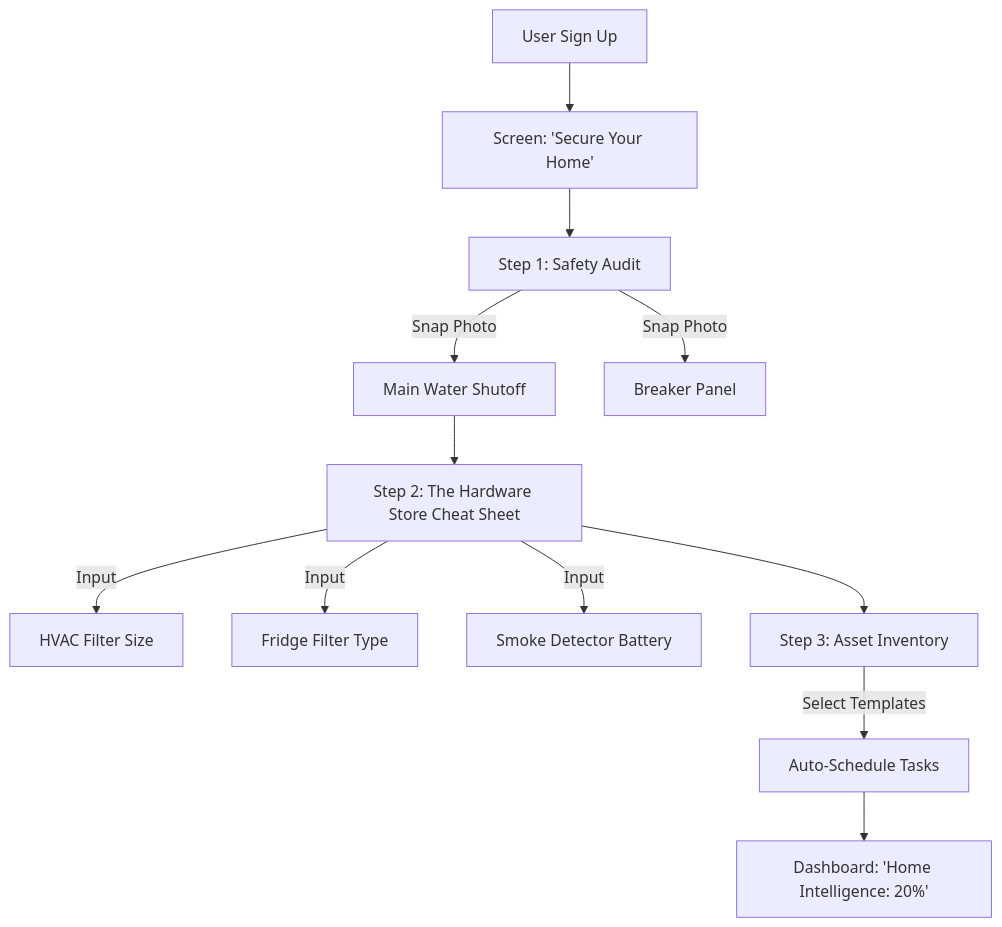
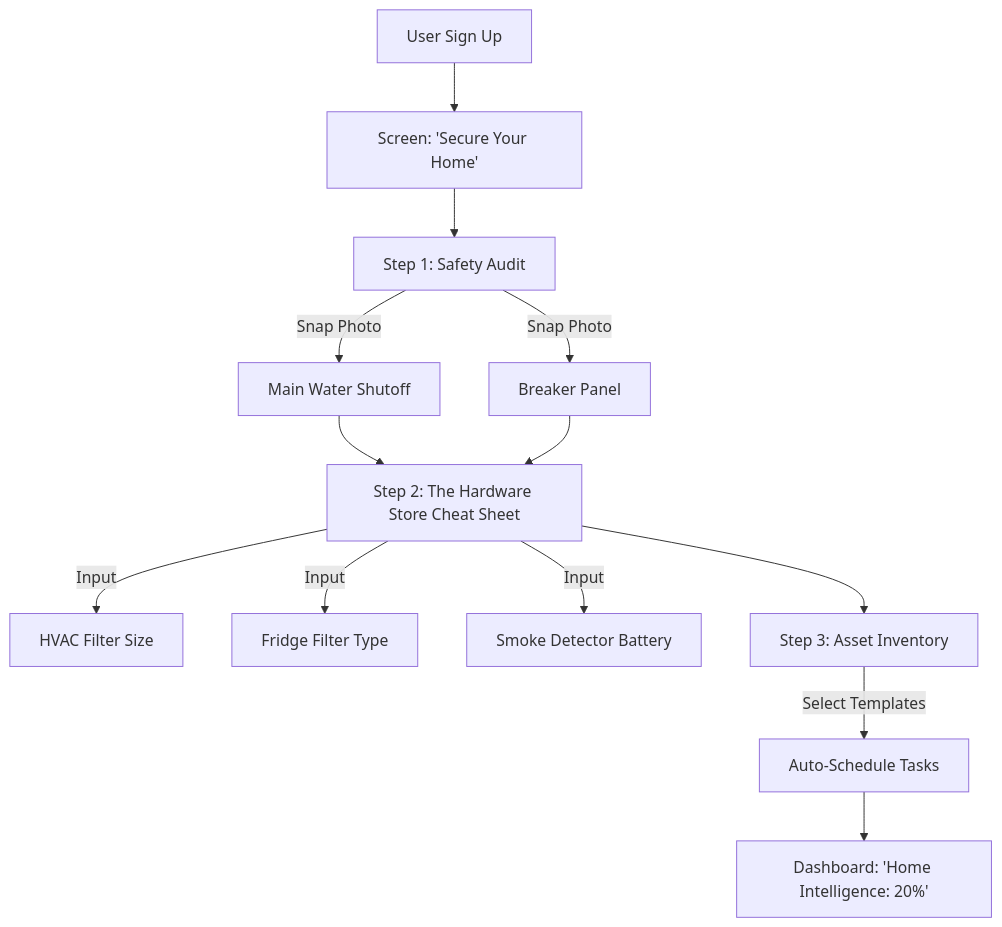
Before and after one commit to abdihashii/haven: the first of 4 diagrams in docs/product-spec.md, drawn with Mermaid. The commit also changed other lines of this file, not shown here.

Commit message:
docs: enhance product spec by adding connections in flow diagram and defining user-property relationship in data model

````diff
--- a/docs/product-spec.md
+++ b/docs/product-spec.md
@@ -33,18 +33,19 @@
 ```mermaid
 graph TD
     Start[User Sign Up] --> Intro[Screen: 'Secure Your Home']
 
     Intro --> Step1[Step 1: Safety Audit]
     Step1 -->|Snap Photo| Shutoff[Main Water Shutoff]
     Step1 -->|Snap Photo| Breaker[Breaker Panel]
 
     Shutoff --> Step2[Step 2: The Hardware Store Cheat Sheet]
+    Breaker --> Step2
     Step2 -->|Input| Filter[HVAC Filter Size]
     Step2 -->|Input| Fridge[Fridge Filter Type]
     Step2 -->|Input| Batt[Smoke Detector Battery]
 
     Step2 --> Step3[Step 3: Asset Inventory]
     Step3 -->|Select Templates| Auto[Auto-Schedule Tasks]
 
     Auto --> Dashboard[Dashboard: 'Home Intelligence: 20%']
 ```
````
